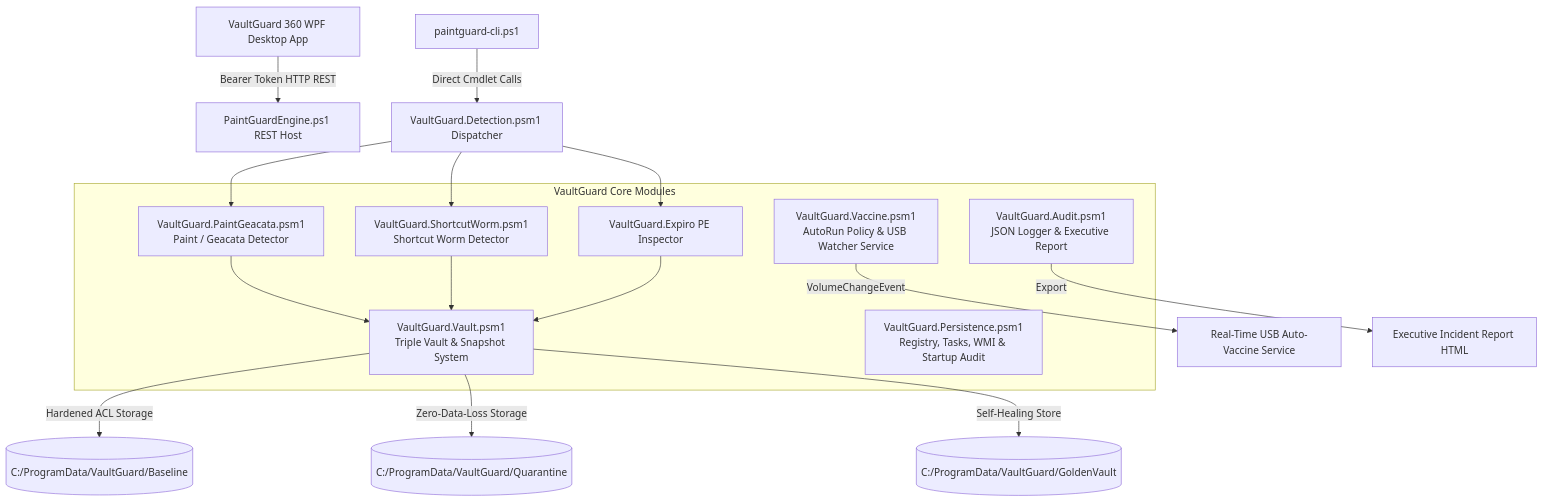
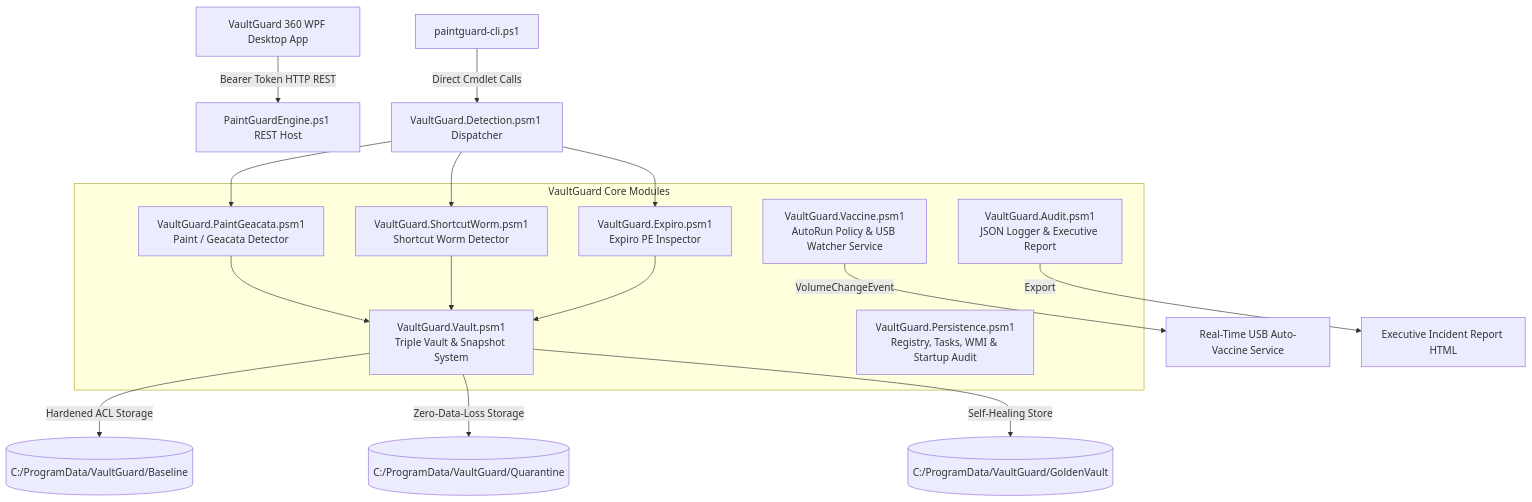
One commit to Klyvex-Studios/PaintGuard changed the diagram in README.md. Above: the diagram before and after it, drawn with Mermaid.

Commit message:
Restore diagram label and align README licensing

````diff
--- a/README.md
+++ b/README.md
@@ -46,29 +46,29 @@
 ```mermaid
 graph TD
     UI["VaultGuard 360 WPF Desktop App"] -->|Bearer Token HTTP REST| HOST["PaintGuardEngine.ps1 REST Host"]
     CLI["paintguard-cli.ps1"] -->|Direct Cmdlet Calls| DISPATCHER["VaultGuard.Detection.psm1 Dispatcher"]
 
     subgraph ENGINE ["VaultGuard Core Modules"]
         DET_P["VaultGuard.PaintGeacata.psm1<br/>Paint / Geacata Detector"]
         DET_S["VaultGuard.ShortcutWorm.psm1<br/>Shortcut Worm Detector"]
-        DET_E["VaultGuard.Expiro PE Inspector"]
+        DET_E["VaultGuard.Expiro.psm1<br/>Expiro PE Inspector"]
         VAULT["VaultGuard.Vault.psm1<br/>Triple Vault & Snapshot System"]
         PER["VaultGuard.Persistence.psm1<br/>Registry, Tasks, WMI & Startup Audit"]
         VAC["VaultGuard.Vaccine.psm1<br/>AutoRun Policy & USB Watcher Service"]
         AUD["VaultGuard.Audit.psm1<br/>JSON Logger & Executive Report"]
     end
 
     DISPATCHER --> DET_P
     DISPATCHER --> DET_S
     DISPATCHER --> DET_E
 
     DET_P --> VAULT
     DET_S --> VAULT
     DET_E --> VAULT
 
     VAULT -->|Hardened ACL Storage| BASELINE[("C:/ProgramData/VaultGuard/Baseline")]
     VAULT -->|Zero-Data-Loss Storage| QUARANTINE[("C:/ProgramData/VaultGuard/Quarantine")]
     VAULT -->|Self-Healing Store| GOLDEN[("C:/ProgramData/VaultGuard/GoldenVault")]
     VAC -->|VolumeChangeEvent| USB["Real-Time USB Auto-Vaccine Service"]
     AUD -->|Export| RPT["Executive Incident Report HTML"]
 ```
````
